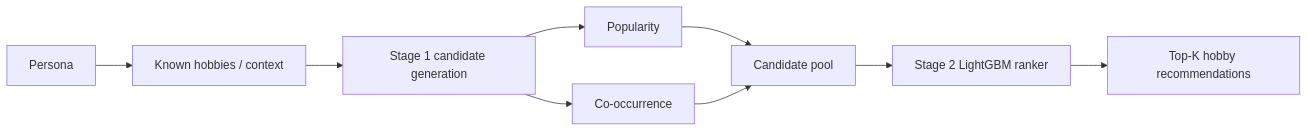
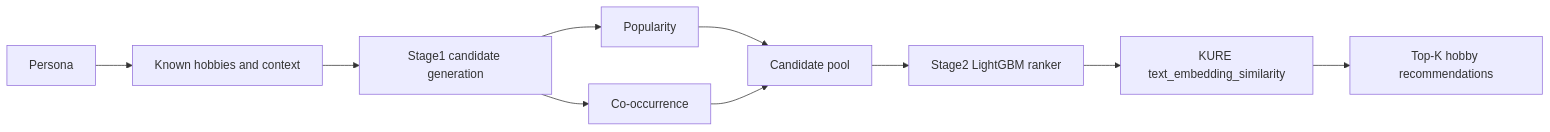
The diagram in GNN_Neural_Network/README.md (KELLO83/Personas-Korea-), drawn with Mermaid before and after one commit. The commit also changed other lines of this file and 28 other files, not shown here.

Commit message:
취미 추천시스템 KURE-K1 Stage2 Feature사용 sota격상

````diff
--- a/GNN_Neural_Network/README.md
+++ b/GNN_Neural_Network/README.md
@@ -31,11 +65,12 @@
 ```mermaid
 flowchart LR
-    A[Persona] --> B[Known hobbies / context]
-    B --> C[Stage 1 candidate generation]
+    A[Persona] --> B[Known hobbies and context]
+    B --> C[Stage1 candidate generation]
     C --> C1[Popularity]
     C --> C2[Co-occurrence]
     C1 --> D[Candidate pool]
     C2 --> D
-    D --> E[Stage 2 LightGBM ranker]
-    E --> F[Top-K hobby recommendations]
+    D --> E[Stage2 LightGBM ranker]
+    E --> E1[KURE text_embedding_similarity]
+    E1 --> F[Top-K hobby recommendations]
 ```
````
